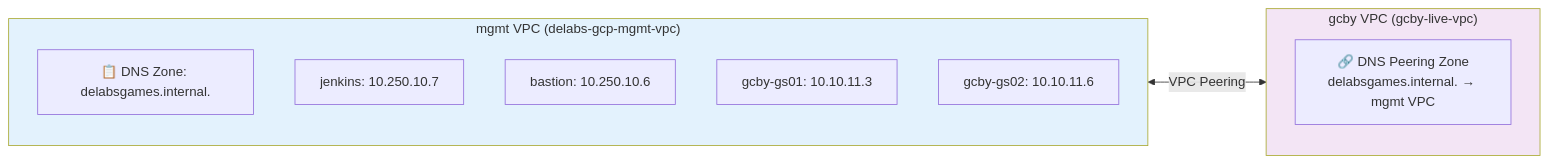
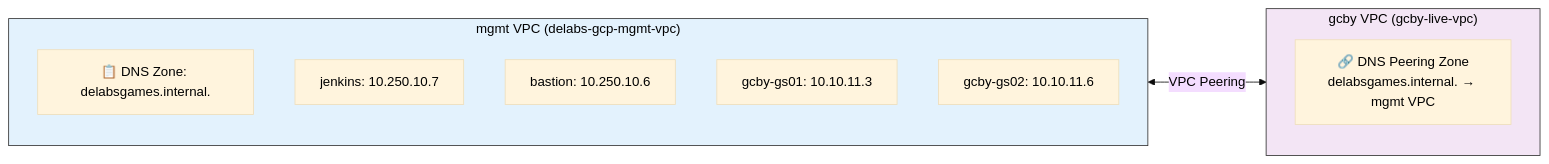
One commit to JSJ2337/GCP_terraform_code changed the fourth of 9 diagrams in terraform_gcp_infra/docs/architecture/network-design.md. Above: the diagram before and after it, drawn with Mermaid. The commit also changed other lines of this file and 5 other files, not shown here.

First line of the commit message:
style: Mermaid 다이어그램 제목 가독성 개선

````diff
--- a/terraform_gcp_infra/docs/architecture/network-design.md
+++ b/terraform_gcp_infra/docs/architecture/network-design.md
@@ -442,19 +447,20 @@
 ```mermaid
+%%{init: {'theme': 'base', 'themeVariables': { 'primaryTextColor': '#000000', 'clusterBkg': '#ffffff', 'clusterBorder': '#333333' }}}%%
 flowchart LR
     subgraph MGMT["mgmt VPC (delabs-gcp-mgmt-vpc)"]
         DNS_ZONE["📋 DNS Zone: delabsgames.internal."]
         JENKINS["jenkins: 10.250.10.7"]
         BASTION["bastion: 10.250.10.6"]
         GCBY_GS01["gcby-gs01: 10.10.11.3"]
         GCBY_GS02["gcby-gs02: 10.10.11.6"]
     end
 
     subgraph GCBY["gcby VPC (gcby-live-vpc)"]
         DNS_PEER["🔗 DNS Peering Zone<br/>delabsgames.internal. → mgmt VPC"]
     end
 
     MGMT <-->|VPC Peering| GCBY
 
-    style MGMT fill:#e3f2fd
-    style GCBY fill:#f3e5f5
+    style MGMT fill:#e3f2fd,color:#000000
+    style GCBY fill:#f3e5f5,color:#000000
 ```
````
